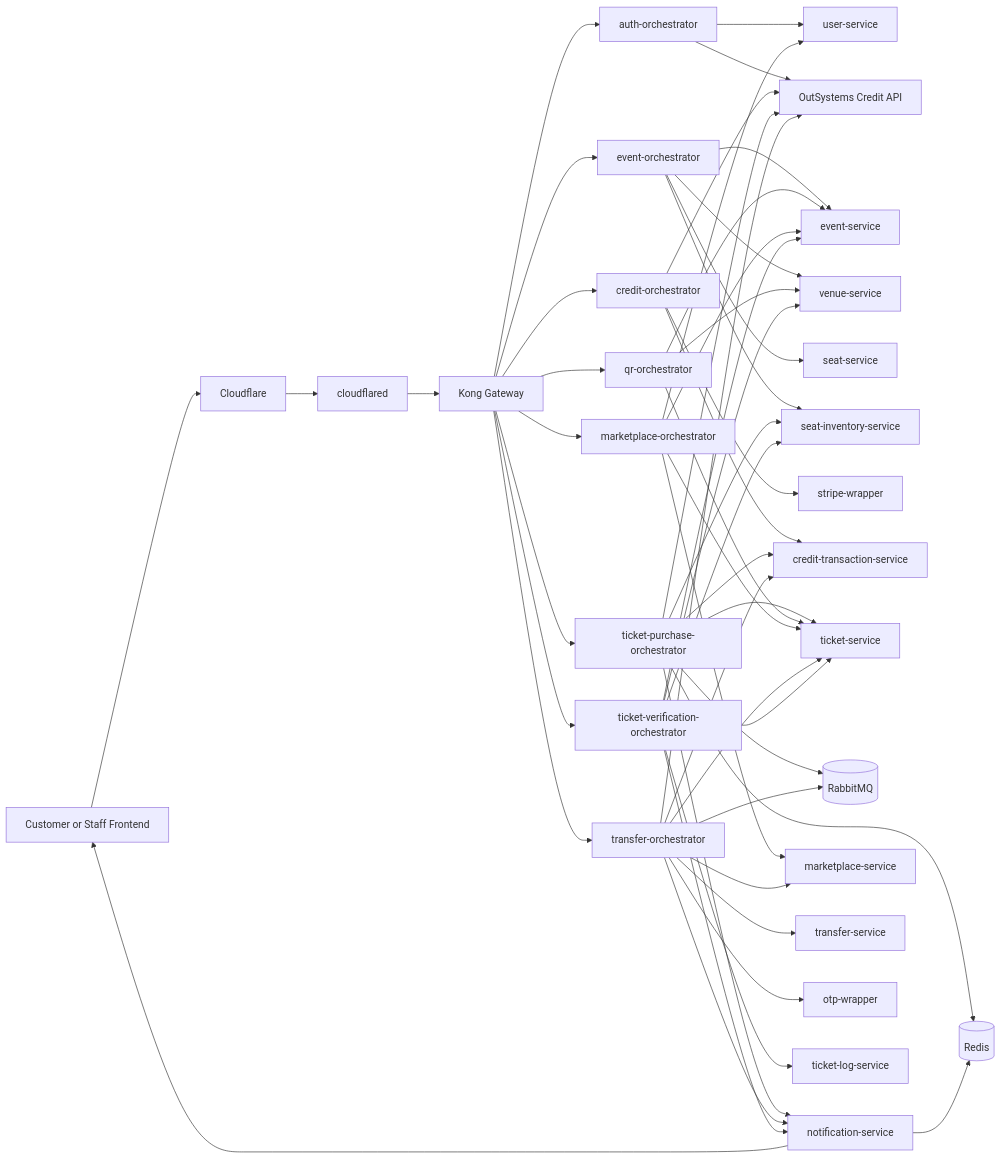
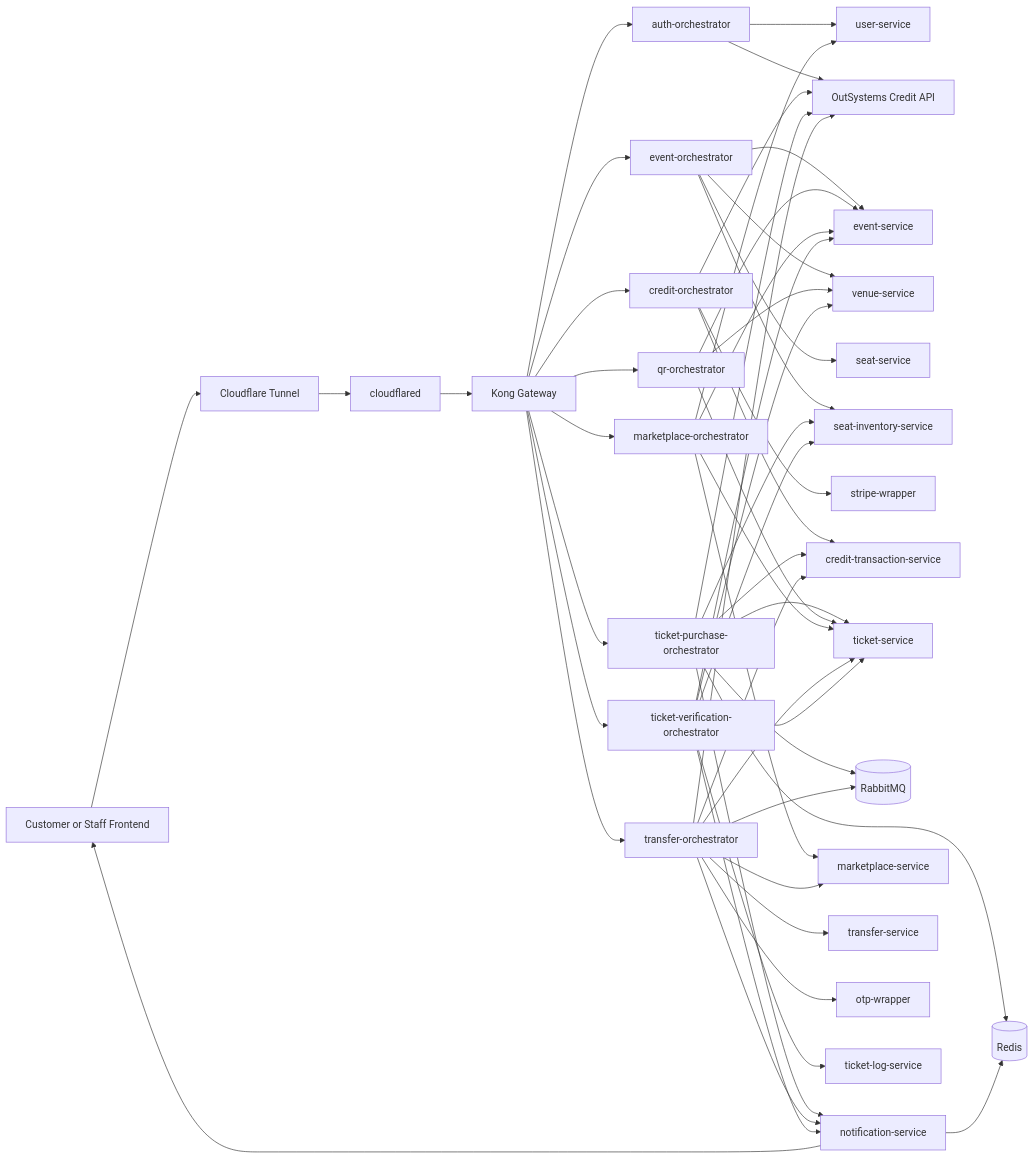
One commit to bryanseah234/ticketremaster-b changed the diagram in diagrams/readme_system_architecture.mmd. Above: the diagram before and after it, drawn with Mermaid. The commit also changed 50 other files, not shown here.

```diff
--- a/diagrams/readme_system_architecture.mmd
+++ b/diagrams/readme_system_architecture.mmd
@@ -1,61 +1,61 @@
 flowchart LR
-    Browser[Customer or Staff Frontend] --> CF[Cloudflare]
+    Browser[Customer or Staff Frontend] --> CF[Cloudflare Tunnel]
     CF --> Tunnel[cloudflared]
     Tunnel --> Kong[Kong Gateway]
 
     Kong --> Auth[auth-orchestrator]
     Kong --> Event[event-orchestrator]
     Kong --> Credit[credit-orchestrator]
     Kong --> Purchase[ticket-purchase-orchestrator]
     Kong --> QR[qr-orchestrator]
     Kong --> Market[marketplace-orchestrator]
     Kong --> Transfer[transfer-orchestrator]
     Kong --> Verify[ticket-verification-orchestrator]
 
     Auth --> UserSvc[user-service]
     Auth --> CreditAPI[OutSystems Credit API]
 
     Event --> EventSvc[event-service]
     Event --> VenueSvc[venue-service]
     Event --> SeatSvc[seat-service]
     Event --> InvSvc[seat-inventory-service]
 
     Credit --> Stripe[stripe-wrapper]
     Credit --> CreditTxn[credit-transaction-service]
     Credit --> CreditAPI
 
     Purchase --> InvSvc
     Purchase --> TicketSvc[ticket-service]
     Purchase --> CreditTxn
     Purchase --> Redis[(Redis)]
     Purchase --> Rabbit[(RabbitMQ)]
     Purchase --> CreditAPI
     Purchase --> NotifSvc[notification-service]
 
     QR --> TicketSvc
     QR --> EventSvc
     QR --> VenueSvc
 
     Market --> MarketSvc[marketplace-service]
     Market --> TicketSvc
     Market --> EventSvc
     Market --> UserSvc
 
     Transfer --> TransferSvc[transfer-service]
     Transfer --> MarketSvc
     Transfer --> TicketSvc
     Transfer --> CreditTxn
     Transfer --> OTP[otp-wrapper]
     Transfer --> Rabbit
     Transfer --> CreditAPI
     Transfer --> NotifSvc
 
     Verify --> TicketSvc
     Verify --> TicketLog[ticket-log-service]
     Verify --> EventSvc
     Verify --> VenueSvc
     Verify --> InvSvc
     Verify --> NotifSvc
 
     NotifSvc --> Browser
     NotifSvc --> Redis
```
